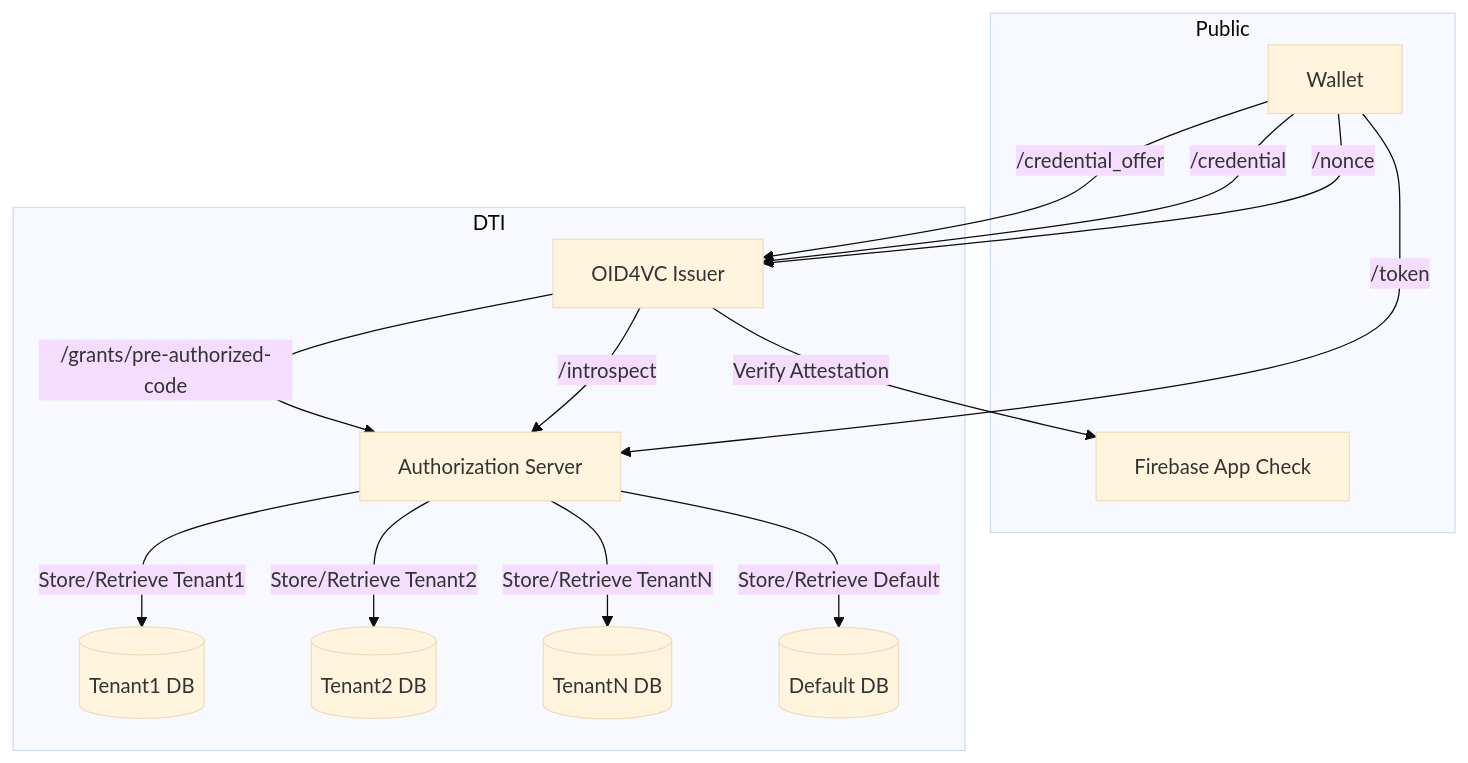
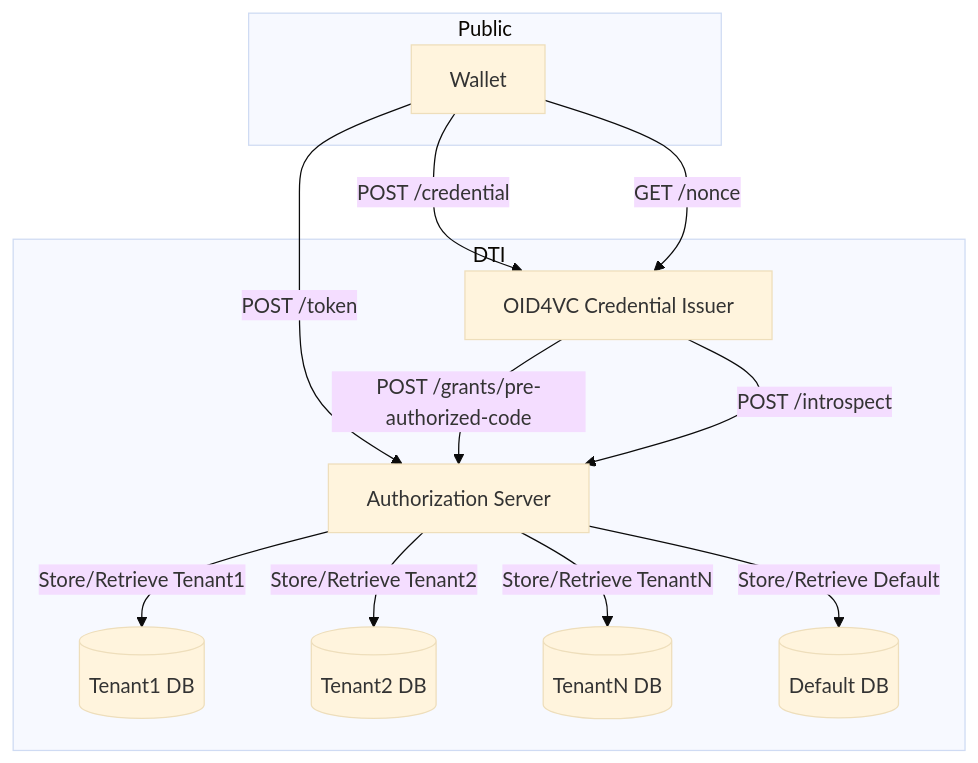
The first of 7 diagrams in README.md (weiiv/di-auth-server), drawn with Mermaid (base theme) before and after one commit. The commit also changed other lines of this file, not shown here.

Commit message:
evert attestation checking from credeintal server back to auth server

````diff
--- a/README.md
+++ b/README.md
@@ -112,30 +94,27 @@
 ```mermaid
 graph TD
     subgraph Public
         Wallet[Wallet]
-        Firebase[Firebase App Check]
     end
 
     subgraph DTI
-        Issuer[OID4VC Issuer]
+        Issuer[OID4VC Credential Issuer]
         AuthServer[Authorization Server]
         DB1[(Tenant1 DB)]
         DB2[(Tenant2 DB)]
         DBn[(TenantN DB)]
         DBDefault[(Default DB)]
     end
 
-    Wallet -->|/credential_offer| Issuer
-    Wallet -->|/token| AuthServer
-    Wallet -->|/credential| Issuer
-    Wallet -->|/nonce| Issuer
+    Wallet -->|POST /token| AuthServer
+    Wallet -->|POST /credential| Issuer
+    Wallet -->|GET /nonce| Issuer
 
-    Issuer -->|/grants/pre-authorized-code| AuthServer
-    Issuer -->|/introspect| AuthServer
-    Issuer -->|Verify Attestation| Firebase
+    Issuer -->|POST /grants/pre-authorized-code| AuthServer
+    Issuer -->|POST /introspect| AuthServer
 
     AuthServer -->|Store/Retrieve Tenant1| DB1
     AuthServer -->|Store/Retrieve Tenant2| DB2
     AuthServer -->|Store/Retrieve TenantN| DBn
     AuthServer -->|Store/Retrieve Default| DBDefault
 ```
````
